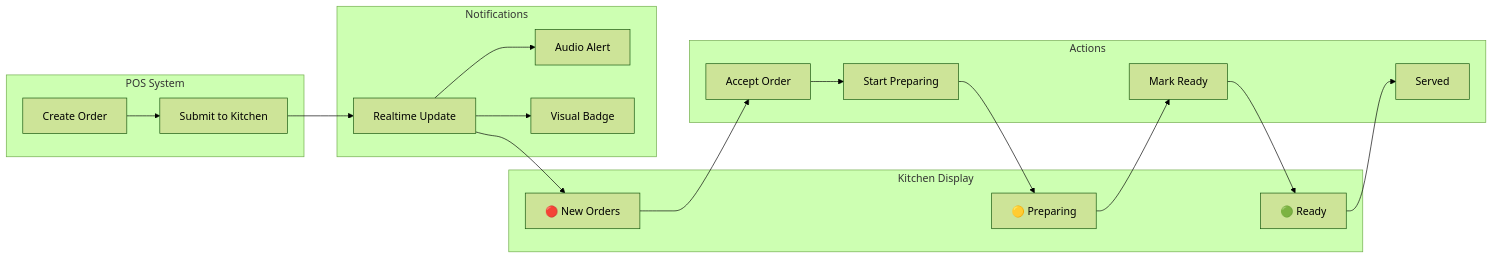
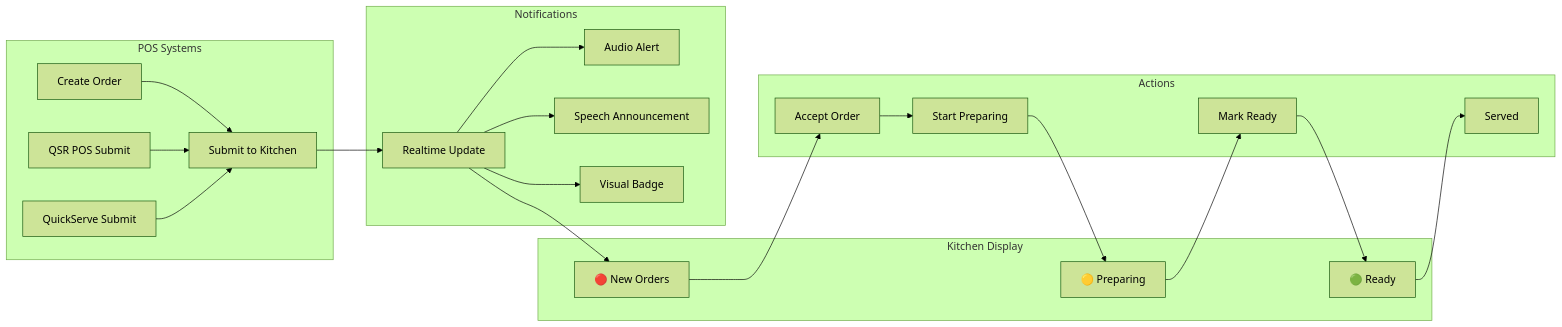
One commit to sudipjangam/tasty-bite-harbor changed the seventh of 26 diagrams in docs/ARCHITECTURE_DEV.md. Above: the diagram before and after it, drawn with Mermaid (forest theme). The commit also changed other lines of this file and 6 other files, not shown here.

Commit message:
feat: Add comprehensive platform user guide, architecture documentation, and an About section component, alongside dependency updates.

````diff
--- a/docs/ARCHITECTURE_DEV.md
+++ b/docs/ARCHITECTURE_DEV.md
@@ -390,39 +490,45 @@
 ```mermaid
 flowchart LR
-    subgraph POS["POS System"]
+    subgraph POS["POS Systems"]
         CreateOrder[Create Order]
         SubmitOrder[Submit to Kitchen]
+        QSRSubmit[QSR POS Submit]
+        QSSubmit[QuickServe Submit]
     end
     
     subgraph Kitchen["Kitchen Display"]
         NewOrders["🔴 New Orders"]
         Preparing["🟡 Preparing"]
         Ready["🟢 Ready"]
     end
     
     subgraph Actions["Actions"]
         Accept[Accept Order]
         StartPrep[Start Preparing]
         MarkReady[Mark Ready]
         Serve[Served]
     end
     
     subgraph Notifications["Notifications"]
         Sound[Audio Alert]
+        Speech[Speech Announcement]
         Visual[Visual Badge]
         Realtime[Realtime Update]
     end
     
     CreateOrder --> SubmitOrder
+    QSRSubmit --> SubmitOrder
+    QSSubmit --> SubmitOrder
     SubmitOrder --> Realtime
     Realtime --> NewOrders
     Realtime --> Sound
+    Realtime --> Speech
     Realtime --> Visual
     
     NewOrders --> Accept
     Accept --> StartPrep
     StartPrep --> Preparing
     Preparing --> MarkReady
     MarkReady --> Ready
     Ready --> Serve
 ```
````
